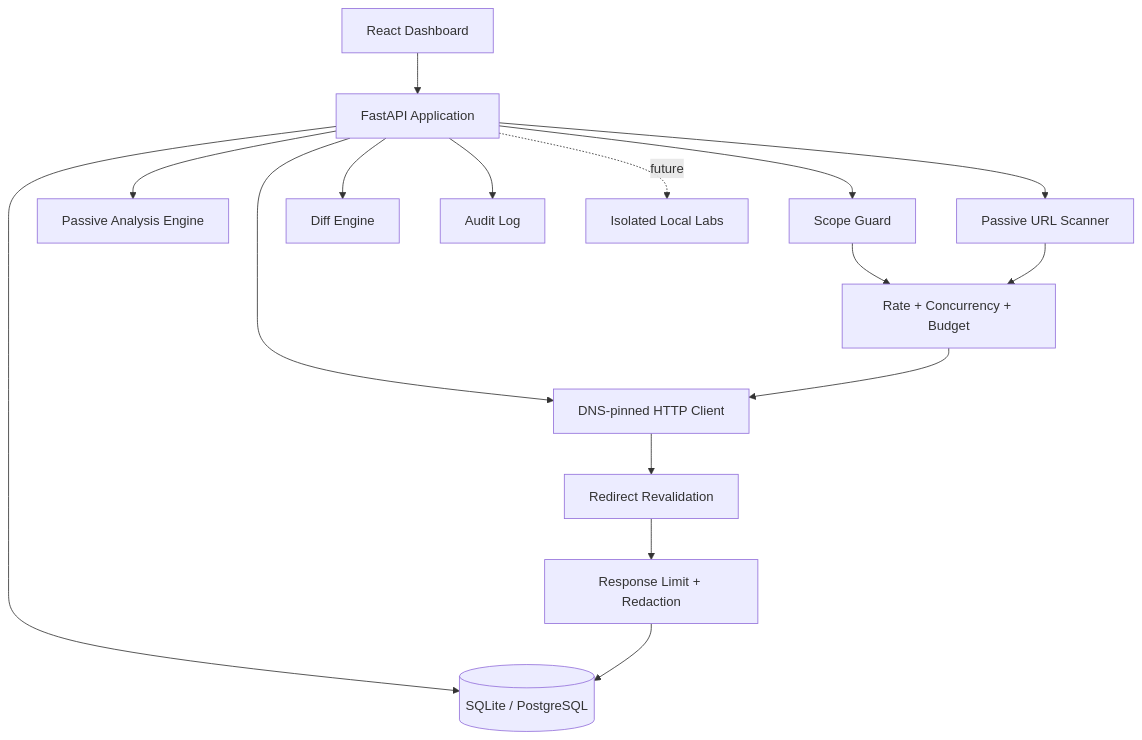
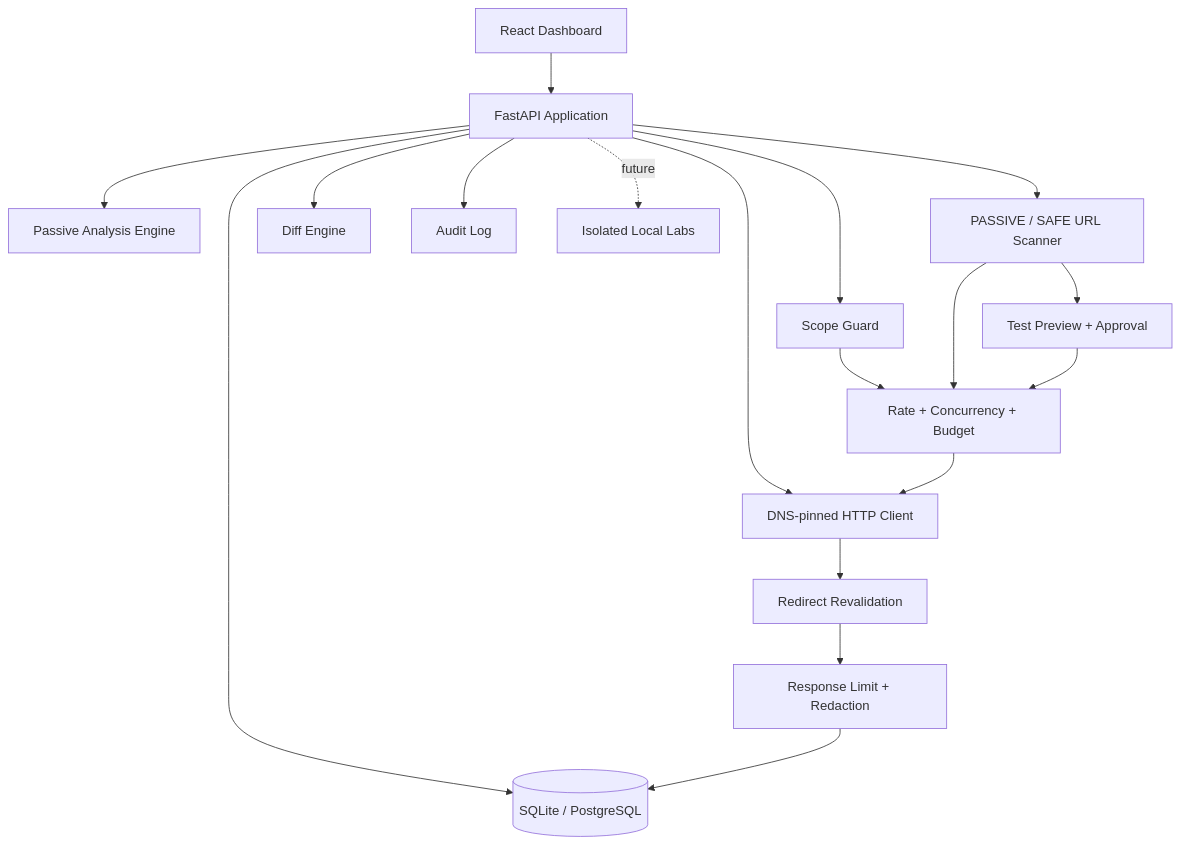
Before and after one commit to MintKangaroo/WebHacking_Lab: the first of 2 diagrams in README.md, drawn with Mermaid. The commit also changed other lines of this file and 12 other files, not shown here.

````diff
--- a/README.md
+++ b/README.md
@@ -148,18 +155,20 @@
 ```mermaid
 flowchart TD
     UI[React Dashboard] --> API[FastAPI Application]
     API --> SG[Scope Guard]
     API --> HC[DNS-pinned HTTP Client]
     API --> AN[Passive Analysis Engine]
-    API --> SC[Passive URL Scanner]
+    API --> SC[PASSIVE / SAFE URL Scanner]
+    SC --> TP[Test Preview + Approval]
     API --> DF[Diff Engine]
     API --> AU[Audit Log]
     API --> DB[(SQLite / PostgreSQL)]
     SG --> RL[Rate + Concurrency + Budget]
     RL --> HC
     SC --> RL
+    TP --> RL
     HC --> RG[Redirect Revalidation]
     RG --> RD[Response Limit + Redaction]
     RD --> DB
     API -. future .-> LAB[Isolated Local Labs]
 ```
````
